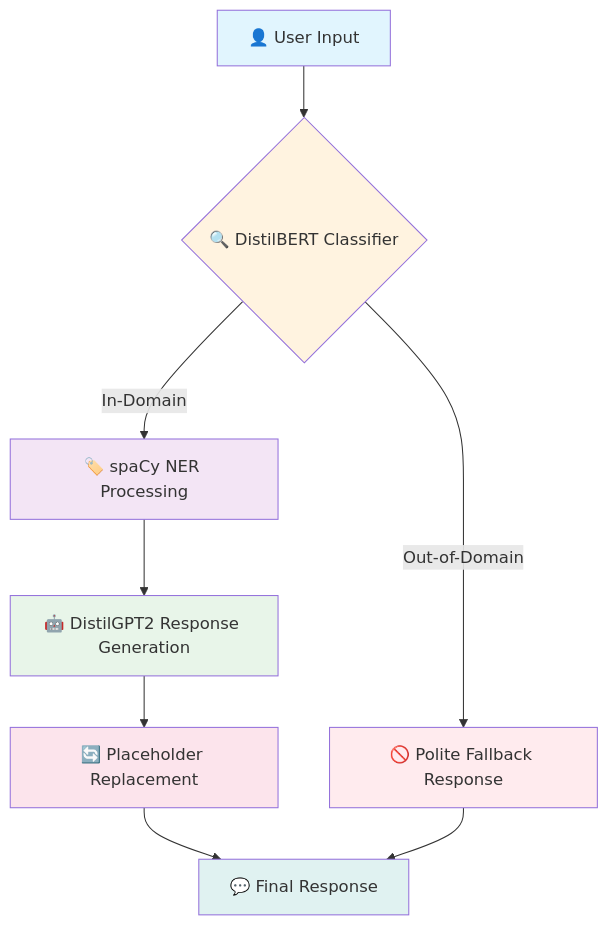
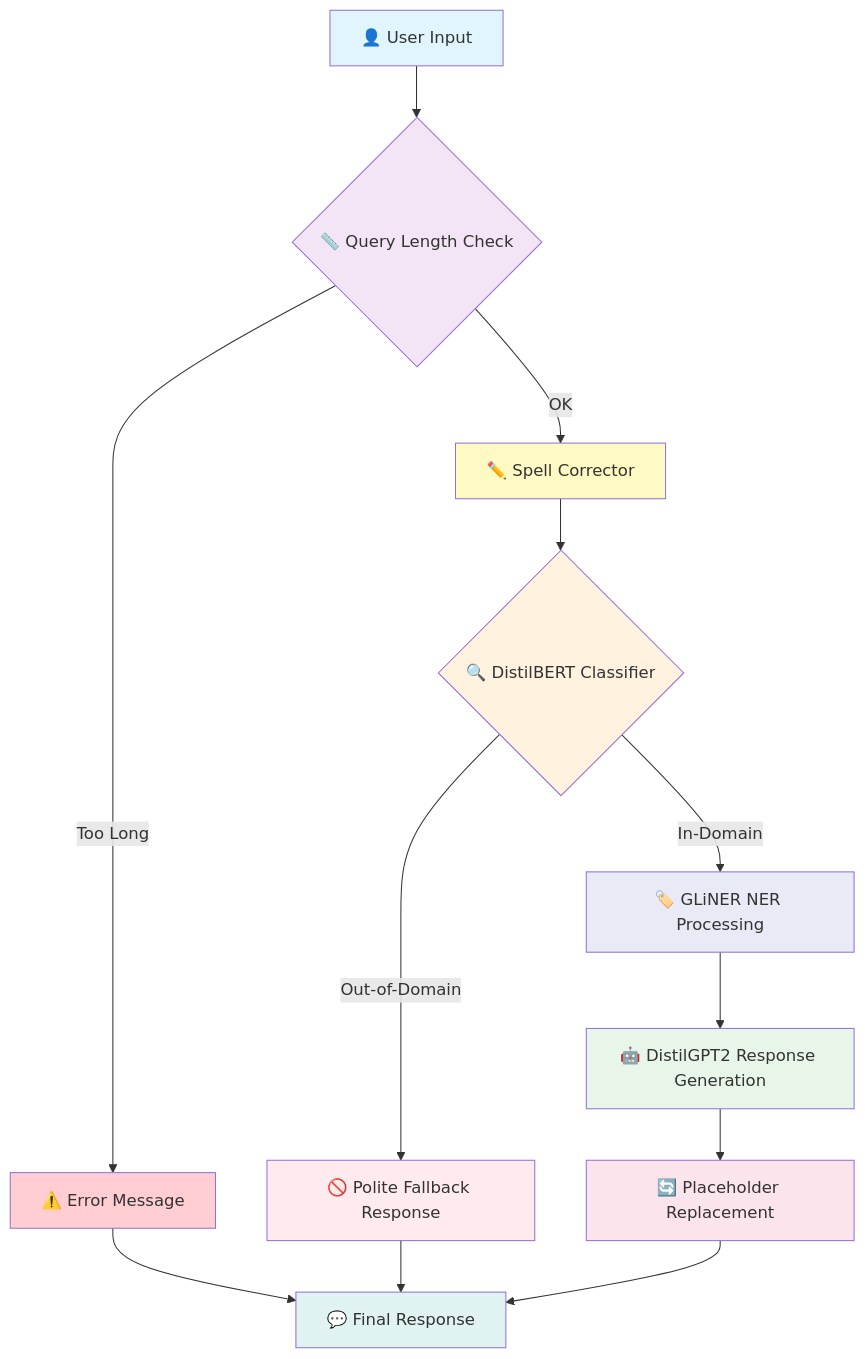
The diagram in README.md (JustToTryModels/s-dlckvjnb), drawn with Mermaid before and after one commit. The commit also changed other lines of this file, not shown here.

````diff
--- a/README.md
+++ b/README.md
@@ -109,18 +114,25 @@
 ```mermaid
 graph TB
-    A[👤 User Input] --> B{🔍 DistilBERT Classifier}
-    B -->|Out-of-Domain| C[🚫 Polite Fallback Response]
-    B -->|In-Domain| D[🏷️ spaCy NER Processing]
-    D --> E[🤖 DistilGPT2 Response Generation]
-    E --> F[🔄 Placeholder Replacement]
-    F --> G[💬 Final Response]
-    C --> G
+    A[👤 User Input] --> B{📏 Query Length Check}
+    B -->|Too Long| C[⚠️ Error Message]
+    B -->|OK| D[✏️ Spell Corrector]
+    D --> E{🔍 DistilBERT Classifier}
+    E -->|Out-of-Domain| F[🚫 Polite Fallback Response]
+    E -->|In-Domain| G[🏷️ GLiNER NER Processing]
+    G --> H[🤖 DistilGPT2 Response Generation]
+    H --> I[🔄 Placeholder Replacement]
+    I --> J[💬 Final Response]
+    C --> J
+    F --> J
     
     style A fill:#e1f5fe
-    style B fill:#fff3e0
-    style C fill:#ffebee
-    style D fill:#f3e5f5
-    style E fill:#e8f5e9
-    style F fill:#fce4ec
-    style G fill:#e0f2f1
+    style B fill:#f3e5f5
+    style C fill:#ffcdd2
+    style D fill:#fff9c4
+    style E fill:#fff3e0
+    style F fill:#ffebee
+    style G fill:#e8eaf6
+    style H fill:#e8f5e9
+    style I fill:#fce4ec
+    style J fill:#e0f2f1
 ```
````
